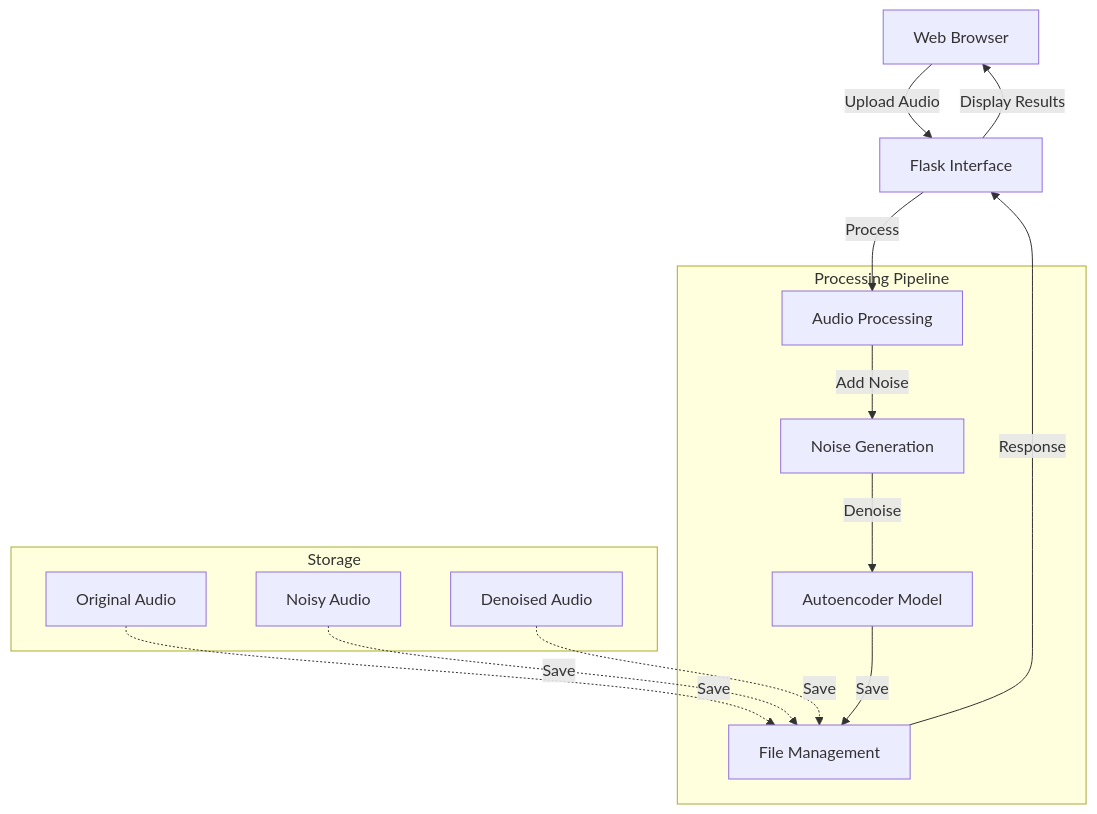
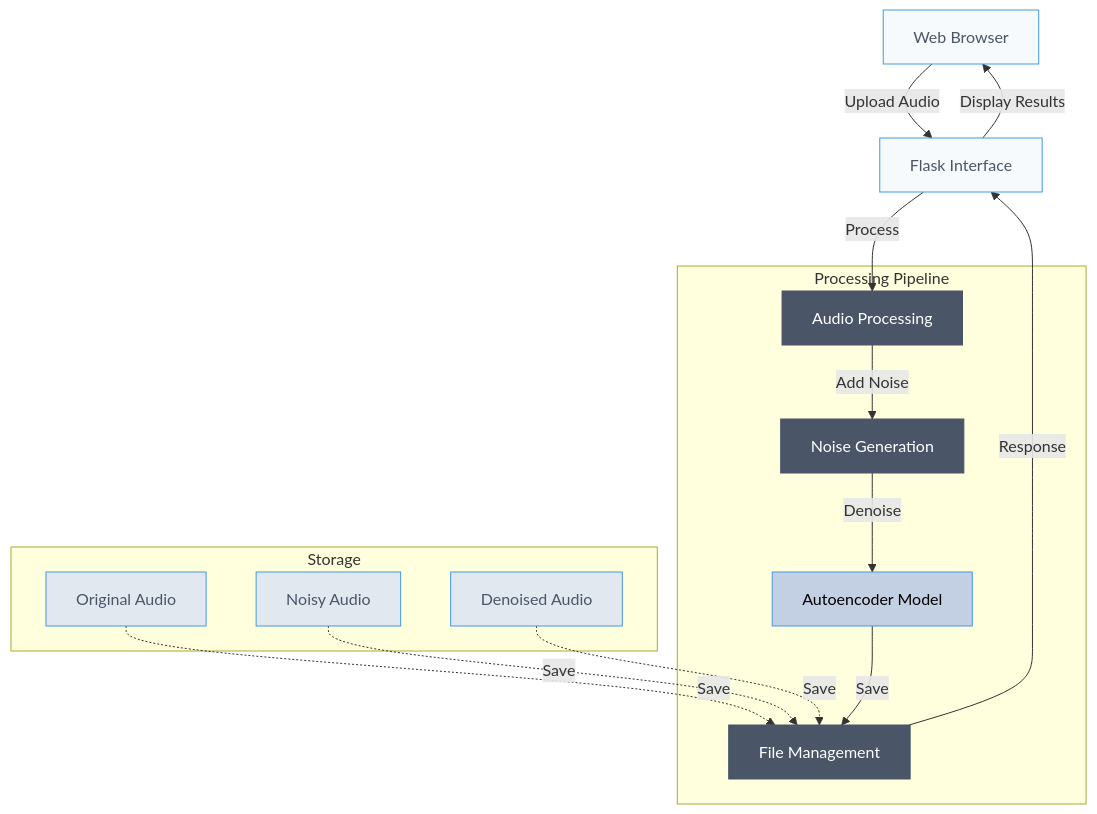
Before and after one commit to ogshivam/Denoising_Encoder: the first of 2 diagrams in README.md, drawn with Mermaid. The commit also changed other lines of this file, not shown here.

````diff
--- a/README.md
+++ b/README.md
@@ -107,20 +107,34 @@
 ```mermaid
 graph TD
     A[Web Browser] -->|Upload Audio| B[Flask Interface]
     B -->|Process| C[Audio Processing]
-    
-    subgraph Processing Pipeline
+
+    subgraph ProcessingPipeline["Processing Pipeline"]
         C -->|Add Noise| D[Noise Generation]
         D -->|Denoise| E[Autoencoder Model]
         E -->|Save| F[File Management]
     end
-    
+
     F -->|Response| B
     B -->|Display Results| A
 
-    subgraph Storage
+    subgraph StorageModule["Storage"]
         G[Original Audio] -.->|Save| F
         H[Noisy Audio] -.->|Save| F
         I[Denoised Audio] -.->|Save| F
     end
+
+    %% Apply classes
+    class A,B interface
+    class C,D,F process
+    class E model
+    class G,H,I storage
+
+    %% Define class styles
+    classDef interface fill:#f7fafc,stroke:#4299e1,color:#4a5568
+    classDef process fill:#4a5568,stroke:#4a5568,color:white
+    classDef storage fill:#e2e8f0,stroke:#4299e1,color:#4a5568
+    classDef model fill:#c3cfe2,stroke:#4299e1,color:black
+
+
 ```
````
